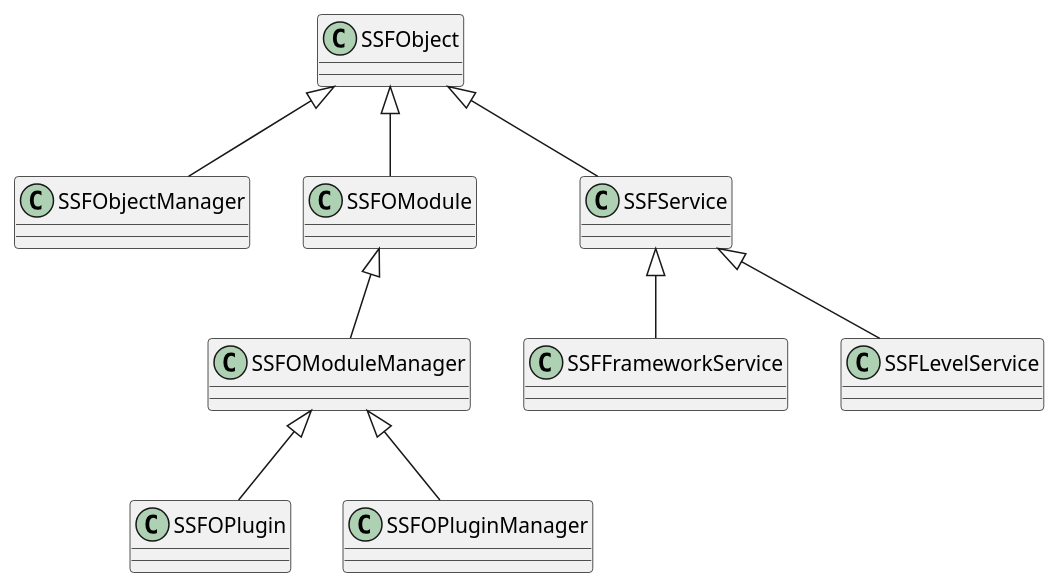
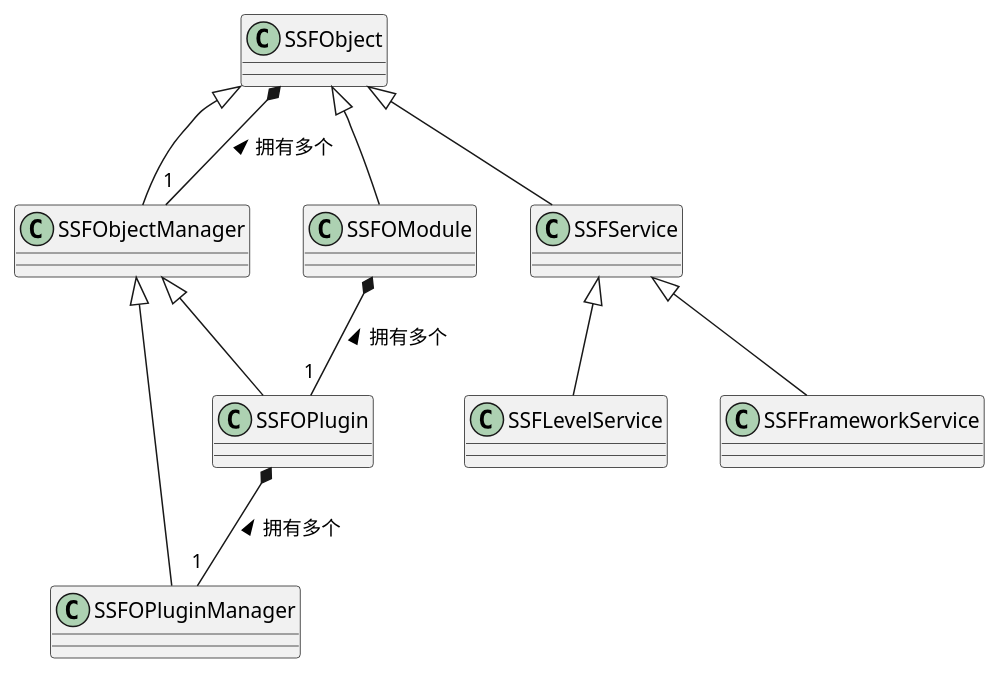
One commit to xcyh410713847/SkywalkerGameServer changed the diagram in SkywalkerServerFramework/SkywalkerServerFramework.plantuml. Above: the diagram before and after it, drawn with PlantUML. The commit also changed 2 other files, not shown here.

```diff
--- a/SkywalkerServerFramework/SkywalkerServerFramework.plantuml
+++ b/SkywalkerServerFramework/SkywalkerServerFramework.plantuml
@@ -1,57 +1,59 @@
 @startuml SkywalkerServerFramework
 
 class SSFObject
 {
 }
 
 '继承自 SSFObject
 SSFObject <|-- SSFObjectManager
 SSFObject <|-- SSFOModule
 SSFObject <|-- SSFService
 class SSFObjectManager
 {
 
 }
 
+' SSFObject 与 SSFObjectManager
+SSFObject *-- "1" SSFObjectManager : "拥有多个 <"
+
 class SSFOModule
 {
 
 }
+
+' SSFOModule 与 SSFOPlugin
+SSFOModule *-- "1" SSFOPlugin : "拥有多个 <"
 
 class SSFService
 {
 
 }
 
-'继承自 SSFOModule
-SSFOModule <|-- SSFOModuleManager
-class SSFOModuleManager
-{
-
-}
-
-'继承自 SSFOModuleManager
-SSFOModuleManager <|-- SSFOPlugin
-SSFOModuleManager <|-- SSFOPluginManager
+'继承自 SSFObjectManager
+SSFObjectManager <|-- SSFOPlugin
+SSFObjectManager <|-- SSFOPluginManager
 class SSFOPlugin
 {
 
 }
 
 class SSFOPluginManager
 {
 
 }
+
+' SSFOPlugin 与 SSFOPluginManager
+SSFOPlugin *-- "1" SSFOPluginManager : "拥有多个 <"
 
 '继承自 SSFOService
 SSFService <|-- SSFFrameworkService
 SSFService <|-- SSFLevelService
 class SSFFrameworkService
 {
 }
 
 class SSFLevelService
 {
 }
 
 @enduml
```
